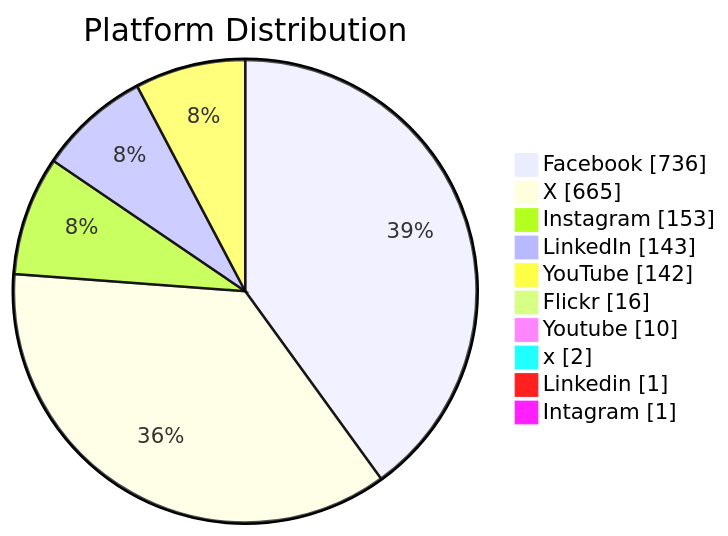
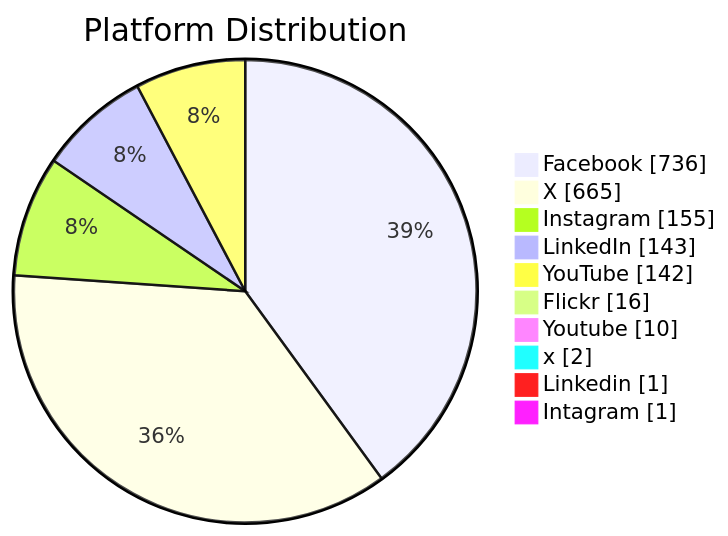
Before and after one commit to PatLittle/GC-Socials: the fourth of 8 diagrams in README.md, drawn with Mermaid. The commit also changed other lines of this file, not shown here.

Commit message:
Update README with Platform Distribution pie chart

````diff
--- a/README.md
+++ b/README.md
@@ -148,13 +150,13 @@
 ```mermaid
 pie showData title Platform Distribution
     "Facebook": 736
     "X": 665
-    "Instagram": 153
+    "Instagram": 155
     "LinkedIn": 143
     "YouTube": 142
     "Flickr": 16
     "Youtube": 10
     "x": 2
     "Linkedin": 1
     "Intagram": 1
 ```
````
